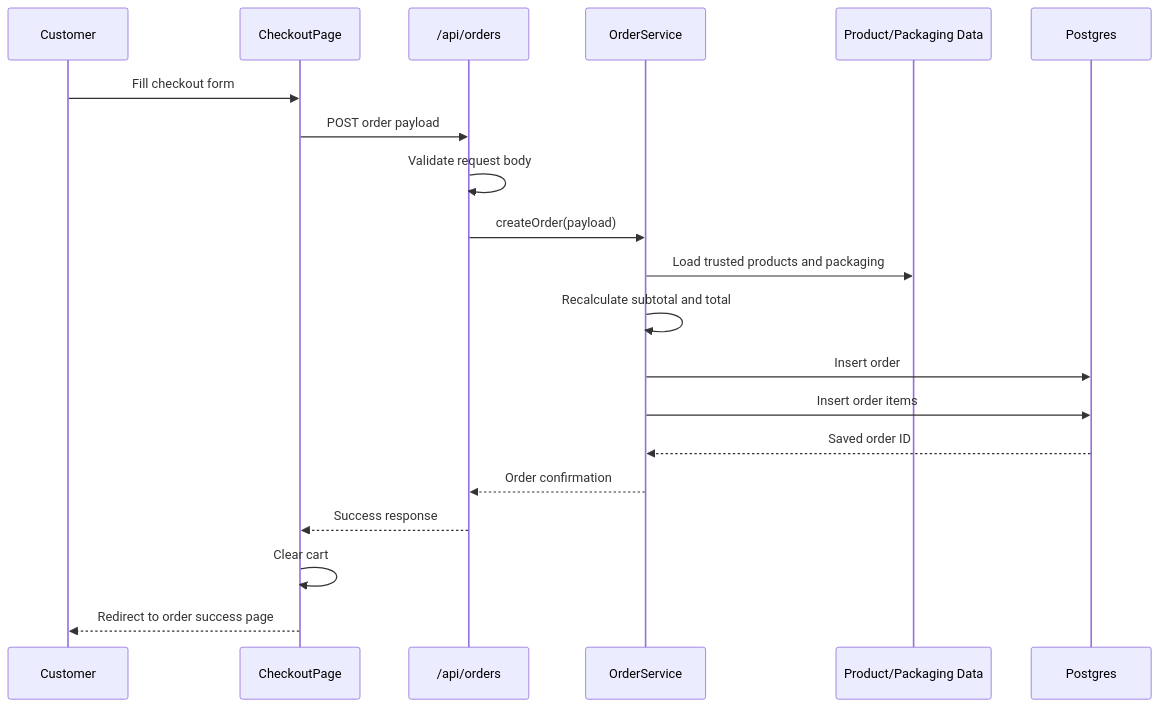
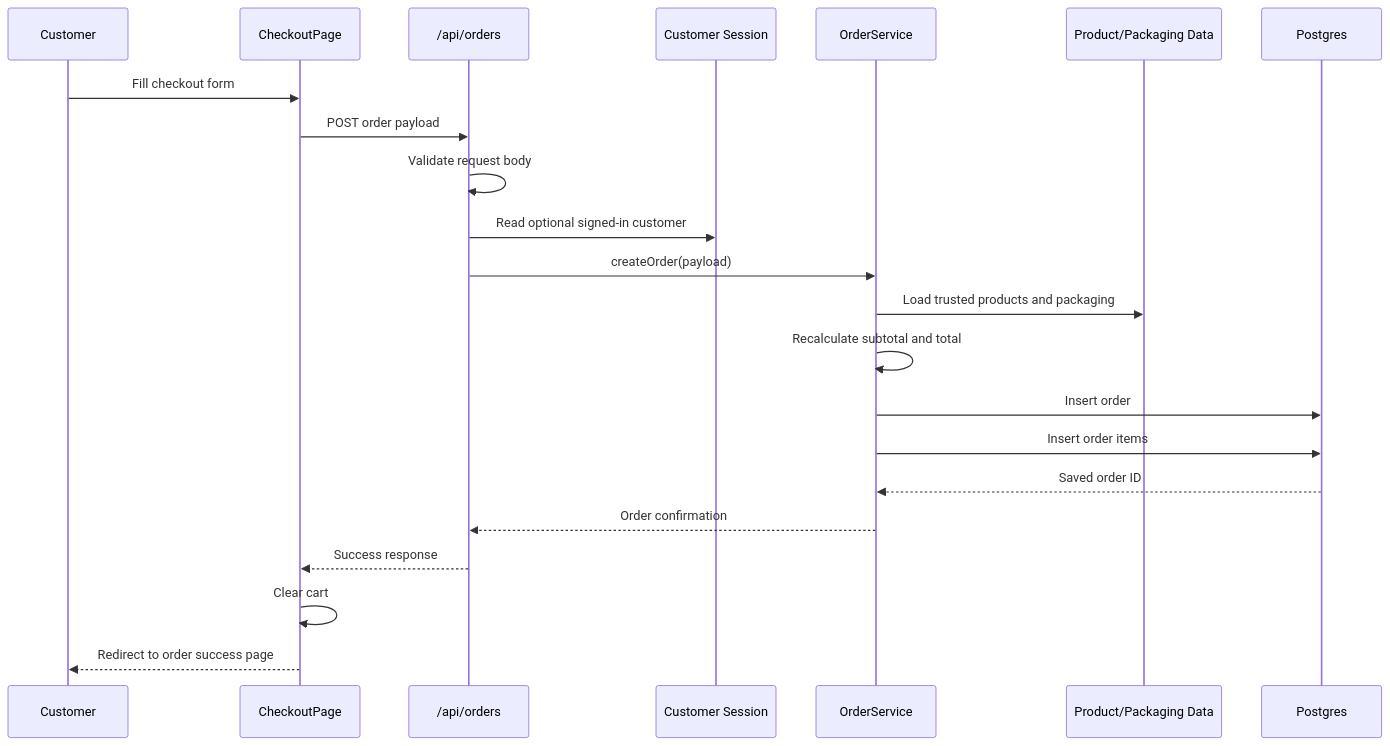
One commit to longvoai2003/bird-nest changed the fourth of 9 diagrams in docs/backend-docker-technical-design.md. Above: the diagram before and after it, drawn with Mermaid. The commit also changed other lines of this file and 24 other files, not shown here.

````diff
--- a/docs/backend-docker-technical-design.md
+++ b/docs/backend-docker-technical-design.md
@@ -316,23 +483,25 @@
 ```mermaid
 sequenceDiagram
     participant Customer
     participant CheckoutPage
     participant OrdersApi as /api/orders
+    participant AuthSession as Customer Session
     participant OrderService
     participant Catalog as Product/Packaging Data
     participant Postgres
 
     Customer->>CheckoutPage: Fill checkout form
     CheckoutPage->>OrdersApi: POST order payload
     OrdersApi->>OrdersApi: Validate request body
+    OrdersApi->>AuthSession: Read optional signed-in customer
     OrdersApi->>OrderService: createOrder(payload)
     OrderService->>Catalog: Load trusted products and packaging
     OrderService->>OrderService: Recalculate subtotal and total
     OrderService->>Postgres: Insert order
     OrderService->>Postgres: Insert order items
     Postgres-->>OrderService: Saved order ID
     OrderService-->>OrdersApi: Order confirmation
     OrdersApi-->>CheckoutPage: Success response
     CheckoutPage->>CheckoutPage: Clear cart
     CheckoutPage-->>Customer: Redirect to order success page
 ```
````
